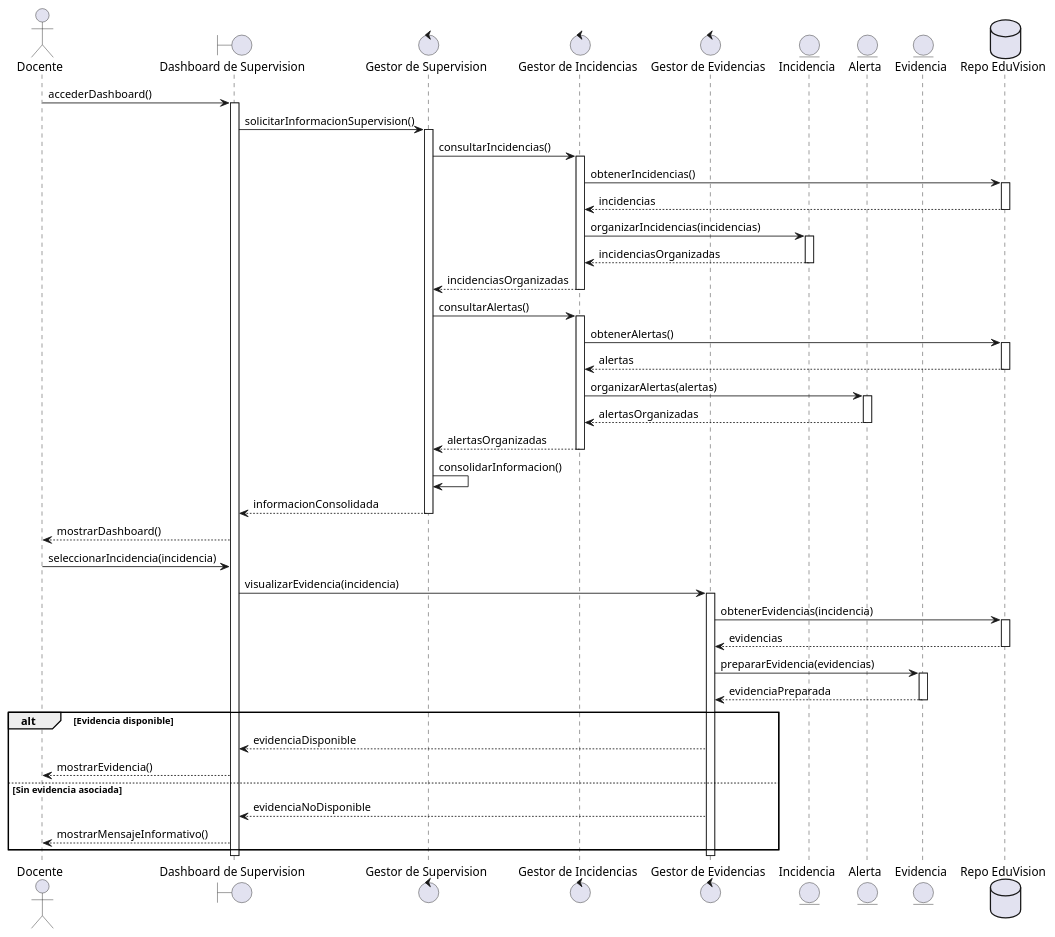
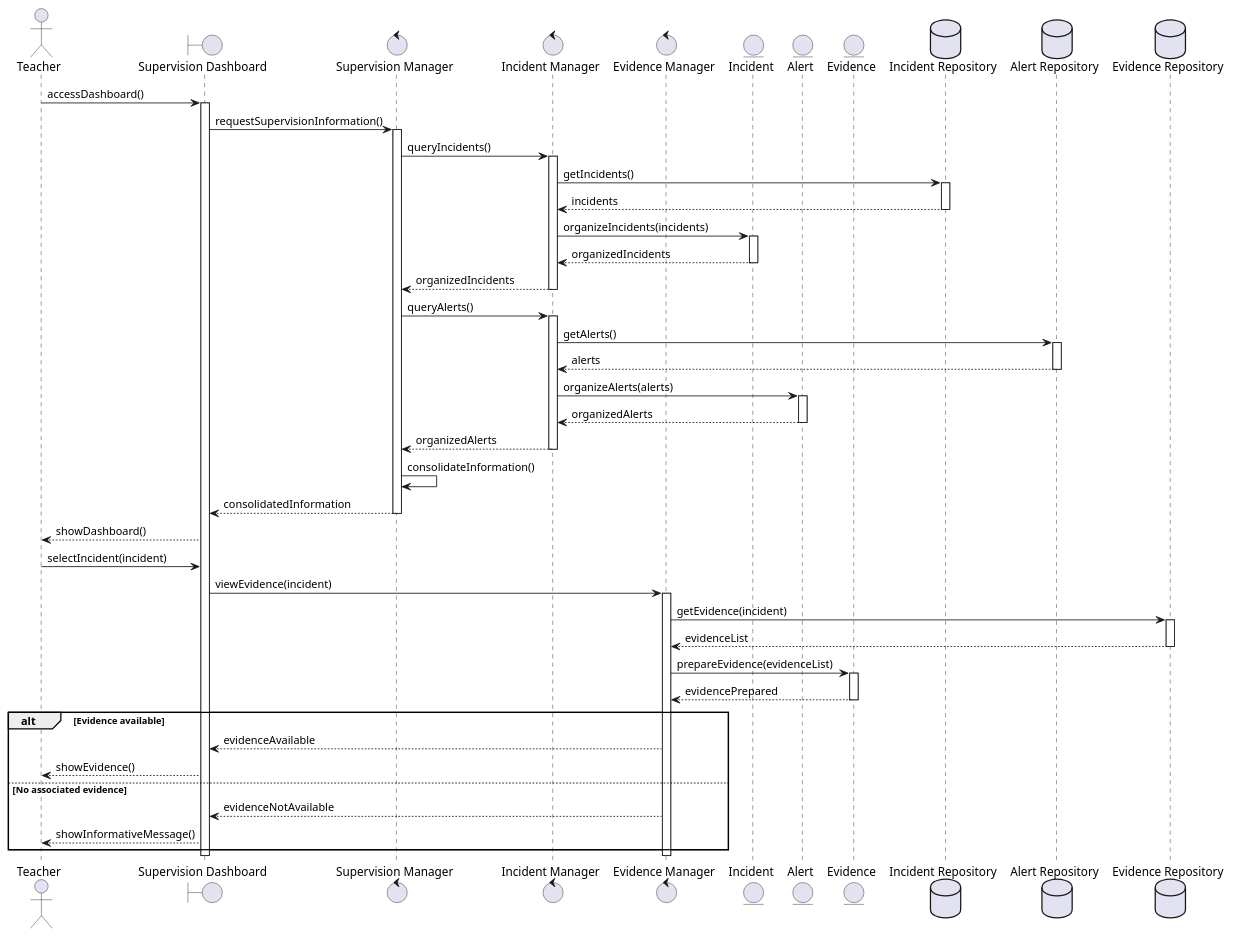
One commit to EduVisions/UML-codes changed the diagram in Diagramas de secuencia/DS3.puml. Above: the diagram before and after it, drawn with PlantUML. The commit also changed 11 other files, not shown here.

Commit message:
correcciones diagramas

```diff
--- a/Diagramas de secuencia/DS3.puml
+++ b/Diagramas de secuencia/DS3.puml
@@ -1,83 +1,85 @@
-@startuml "Visualizar dashboard de supervision"
+@startuml "View Supervision Dashboard"
 
-actor "Docente" as Docente
-boundary "Dashboard de Supervision" as Dashboard
-control "Gestor de Supervision" as SupervisionManager
-control "Gestor de Incidencias" as IncidentManager
-control "Gestor de Evidencias" as EvidenceManager
-entity "Incidencia" as Incident
-entity "Alerta" as Alert
-entity "Evidencia" as Evidence
-database "Repo EduVision" as Database
+actor "Teacher" as Teacher
+boundary "Supervision Dashboard" as Dashboard
+control "Supervision Manager" as SupervisionManager
+control "Incident Manager" as IncidentManager
+control "Evidence Manager" as EvidenceManager
+entity "Incident" as Incident
+entity "Alert" as Alert
+entity "Evidence" as Evidence
+database "Incident Repository" as IncidentRepository
+database "Alert Repository" as AlertRepository
+database "Evidence Repository" as EvidenceRepository
 
-Docente -> Dashboard : accederDashboard()
+Teacher -> Dashboard : accessDashboard()
 activate Dashboard
 
-Dashboard -> SupervisionManager : solicitarInformacionSupervision()
+Dashboard -> SupervisionManager : requestSupervisionInformation()
 activate SupervisionManager
 
-SupervisionManager -> IncidentManager : consultarIncidencias()
+SupervisionManager -> IncidentManager : queryIncidents()
 activate IncidentManager
 
-IncidentManager -> Database : obtenerIncidencias()
-activate Database
-Database --> IncidentManager : incidencias
-deactivate Database
+IncidentManager -> IncidentRepository : getIncidents()
+activate IncidentRepository
+IncidentRepository --> IncidentManager : incidents
+deactivate IncidentRepository
 
-IncidentManager -> Incident : organizarIncidencias(incidencias)
+IncidentManager -> Incident : organizeIncidents(incidents)
 activate Incident
-Incident --> IncidentManager : incidenciasOrganizadas
+Incident --> IncidentManager : organizedIncidents
 deactivate Incident
 
-IncidentManager --> SupervisionManager : incidenciasOrganizadas
+IncidentManager --> SupervisionManager : organizedIncidents
 deactivate IncidentManager
 
-SupervisionManager -> IncidentManager : consultarAlertas()
+SupervisionManager -> IncidentManager : queryAlerts()
 activate IncidentManager
 
-IncidentManager -> Database : obtenerAlertas()
-activate Database
-Database --> IncidentManager : alertas
-deactivate Database
+IncidentManager -> AlertRepository : getAlerts()
+activate AlertRepository
+AlertRepository --> IncidentManager : alerts
+deactivate AlertRepository
 
-IncidentManager -> Alert : organizarAlertas(alertas)
+IncidentManager -> Alert : organizeAlerts(alerts)
 activate Alert
-Alert --> IncidentManager : alertasOrganizadas
+Alert --> IncidentManager : organizedAlerts
 deactivate Alert
 
-IncidentManager --> SupervisionManager : alertasOrganizadas
+IncidentManager --> SupervisionManager : organizedAlerts
 deactivate IncidentManager
 
-SupervisionManager -> SupervisionManager : consolidarInformacion()
-SupervisionManager --> Dashboard : informacionConsolidada
+SupervisionManager -> SupervisionManager : consolidateInformation()
+SupervisionManager --> Dashboard : consolidatedInformation
 deactivate SupervisionManager
 
-Dashboard --> Docente : mostrarDashboard()
+Dashboard --> Teacher : showDashboard()
 
-Docente -> Dashboard : seleccionarIncidencia(incidencia)
+Teacher -> Dashboard : selectIncident(incident)
 
-Dashboard -> EvidenceManager : visualizarEvidencia(incidencia)
+Dashboard -> EvidenceManager : viewEvidence(incident)
 activate EvidenceManager
 
-EvidenceManager -> Database : obtenerEvidencias(incidencia)
-activate Database
-Database --> EvidenceManager : evidencias
-deactivate Database
+EvidenceManager -> EvidenceRepository : getEvidence(incident)
+activate EvidenceRepository
+EvidenceRepository --> EvidenceManager : evidenceList
+deactivate EvidenceRepository
 
-EvidenceManager -> Evidence : prepararEvidencia(evidencias)
+EvidenceManager -> Evidence : prepareEvidence(evidenceList)
 activate Evidence
-Evidence --> EvidenceManager : evidenciaPreparada
+Evidence --> EvidenceManager : evidencePrepared
 deactivate Evidence
 
-alt Evidencia disponible
-  EvidenceManager --> Dashboard : evidenciaDisponible
-  Dashboard --> Docente : mostrarEvidencia()
-else Sin evidencia asociada
-  EvidenceManager --> Dashboard : evidenciaNoDisponible
-  Dashboard --> Docente : mostrarMensajeInformativo()
+alt Evidence available
+  EvidenceManager --> Dashboard : evidenceAvailable
+  Dashboard --> Teacher : showEvidence()
+else No associated evidence
+  EvidenceManager --> Dashboard : evidenceNotAvailable
+  Dashboard --> Teacher : showInformativeMessage()
 end
 
 deactivate EvidenceManager
 deactivate Dashboard
 
 @enduml
```
